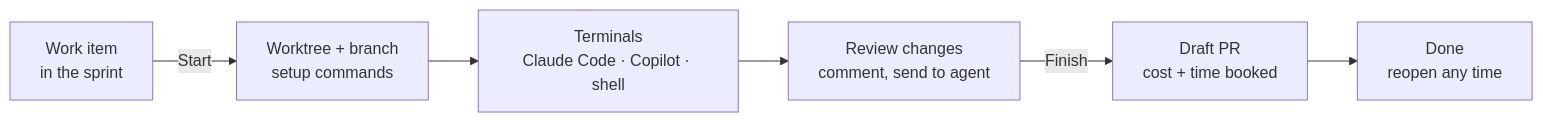
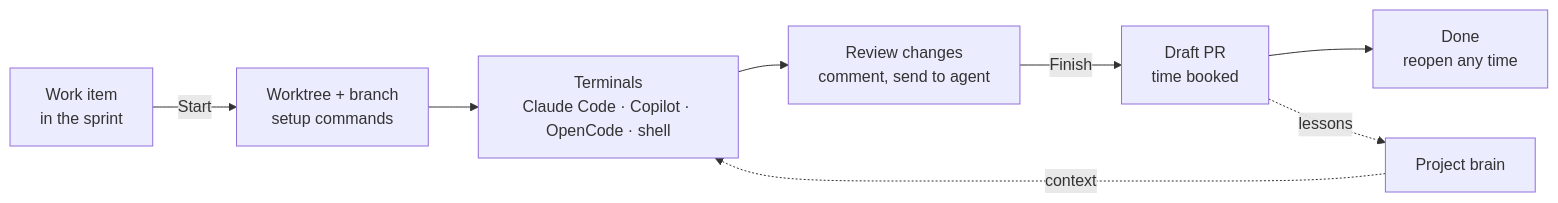
The first of 2 diagrams in README.md (UnreliableWitness/Shellie), drawn with Mermaid before and after one commit. The commit also changed other lines of this file and 14 other files, not shown here.

First line of the commit message:
README: brain, projects, cost ledger and fresh screenshots (#286)

````diff
--- a/README.md
+++ b/README.md
@@ -47,8 +53,10 @@
 ```mermaid
 flowchart LR
     A["Work item<br/>in the sprint"] -->|Start| B["Worktree + branch<br/>setup commands"]
-    B --> C["Terminals<br/>Claude Code · Copilot · shell"]
+    B --> C["Terminals<br/>Claude Code · Copilot · OpenCode · shell"]
+    K["Project brain"] -. "context" .-> C
     C --> D["Review changes<br/>comment, send to agent"]
-    D -->|Finish| E["Draft PR<br/>cost + time booked"]
+    D -->|Finish| E["Draft PR<br/>time booked"]
     E --> F["Done<br/>reopen any time"]
+    E -. "lessons" .-> K
 ```
````
